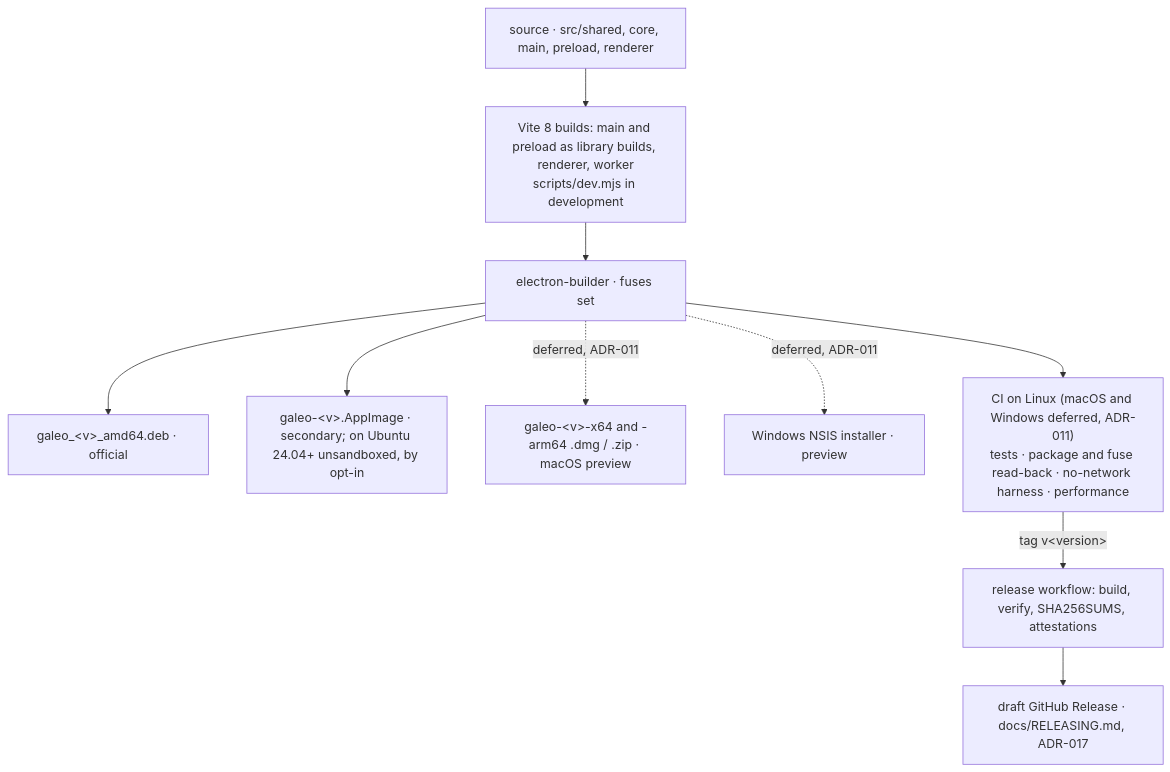
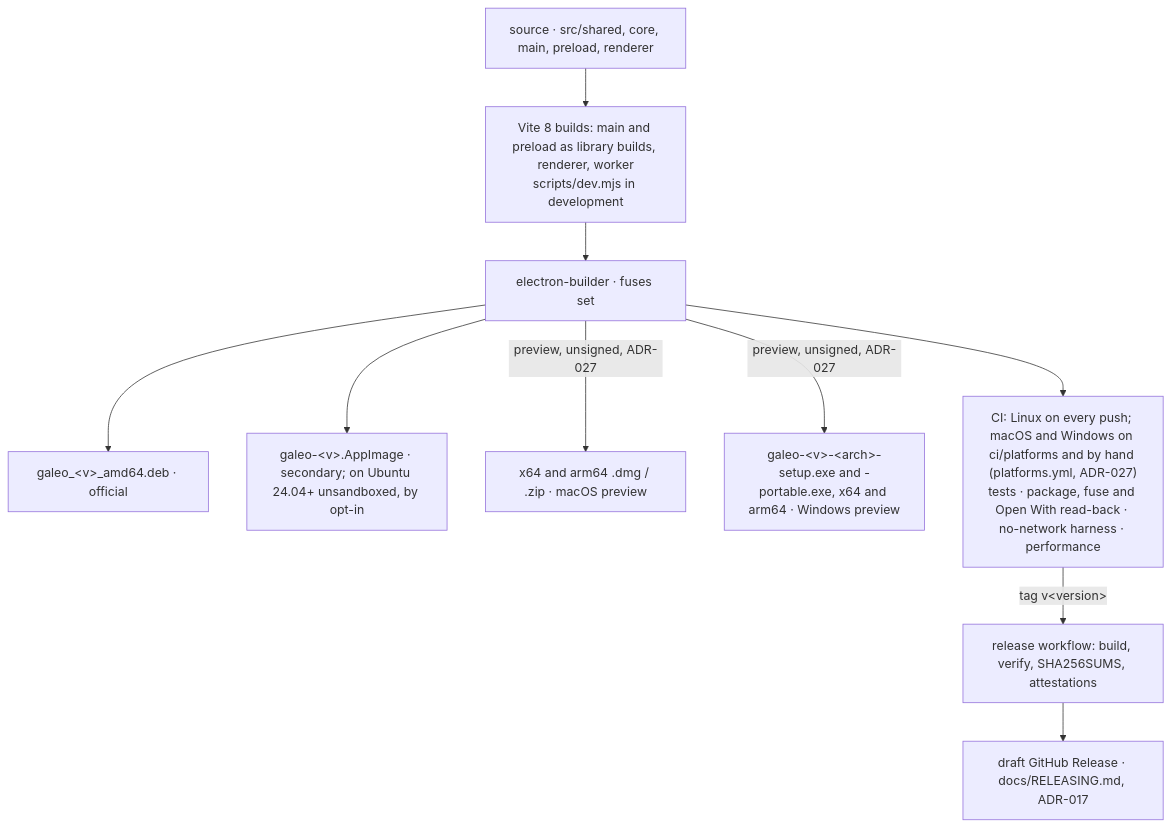
Before and after one commit to SWEStash/galeo: the eighth of 8 diagrams in docs/ARCHITECTURE.md, drawn with Mermaid. The commit also changed other lines of this file and 3 other files, not shown here.

First line of the commit message:
docs: install and use the macOS and Windows previews

````diff
--- a/docs/ARCHITECTURE.md
+++ b/docs/ARCHITECTURE.md
@@ -433,12 +433,12 @@
 ```mermaid
 flowchart TD
   src[source · src/shared, core, main, preload, renderer] --> vite[Vite 8 builds: main and preload as library builds, renderer, worker<br/>scripts/dev.mjs in development]
   vite --> eb[electron-builder · fuses set]
   eb --> deb[galeo_#lt;v#gt;_amd64.deb · official]
   eb --> appimage[galeo-#lt;v#gt;.AppImage · secondary; on Ubuntu 24.04+ unsandboxed, by opt-in]
-  eb -. deferred, ADR-011 .-> mac[galeo-#lt;v#gt;-x64 and -arm64 .dmg / .zip · macOS preview]
-  eb -. deferred, ADR-011 .-> win[Windows NSIS installer · preview]
-  eb --> ci["CI on Linux (macOS and Windows deferred, ADR-011)<br/>tests · package and fuse read-back · no-network harness · performance"]
+  eb -- "preview, unsigned, ADR-027" --> mac[x64 and arm64 .dmg / .zip · macOS preview]
+  eb -- "preview, unsigned, ADR-027" --> win[galeo-#lt;v#gt;-#lt;arch#gt;-setup.exe and -portable.exe, x64 and arm64 · Windows preview]
+  eb --> ci["CI: Linux on every push; macOS and Windows on ci/platforms and by hand (platforms.yml, ADR-027)<br/>tests · package, fuse and Open With read-back · no-network harness · performance"]
   ci -- "tag v#lt;version#gt;" --> release[release workflow: build, verify, SHA256SUMS, attestations]
   release --> draft[draft GitHub Release · docs/RELEASING.md, ADR-017]
 ```
````
